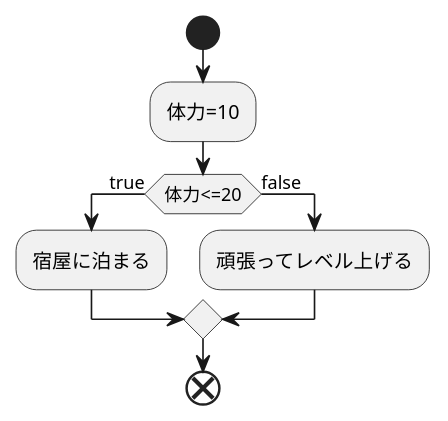
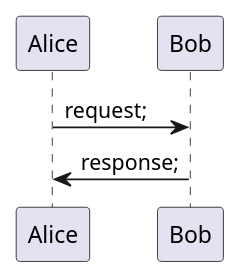
The diagram in kadai1-2.md (aso2001155/2021sys-design), drawn with PlantUML before and after one commit.

````diff
--- a/kadai1-2.md
+++ b/kadai1-2.md
@@ -1,12 +1,6 @@
 ```uml
 @startuml
-start
-:体力=10;
-if (体力<=20) then (true)
-:宿屋に泊まる;
-else (false)
-:頑張ってレベル上げる;
-endif;
-end
+Alice -> Bob:request;
+Bob -> Alice:response;
 @enduml
 ```
````
